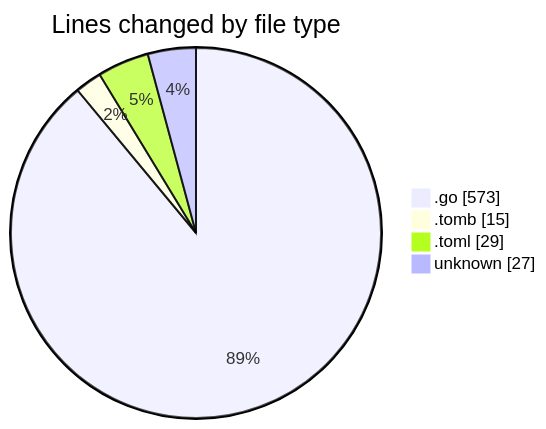
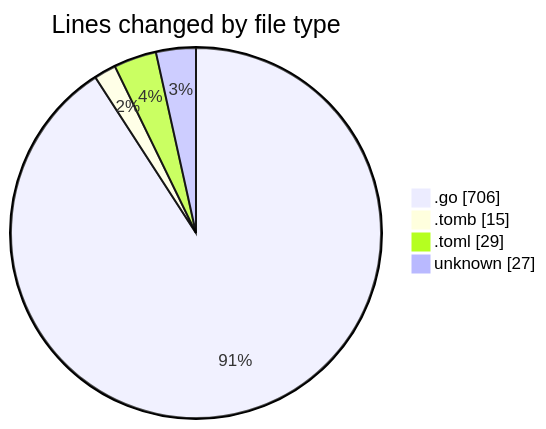
One commit to Ritupan-Deka/code-tracking changed the first of 2 diagrams in 2025-10-31/backend/README.md. Above: the diagram before and after it, drawn with Mermaid. The commit also changed other lines of this file and 1 other file, not shown here.

````diff
--- a/2025-10-31/backend/README.md
+++ b/2025-10-31/backend/README.md
@@ -27,8 +27,8 @@
 ```mermaid
 pie showData
 title Lines changed by file type
-".go" : 573
+".go" : 706
 ".tomb" : 15
 ".toml" : 29
 "unknown" : 27
 ```
````
